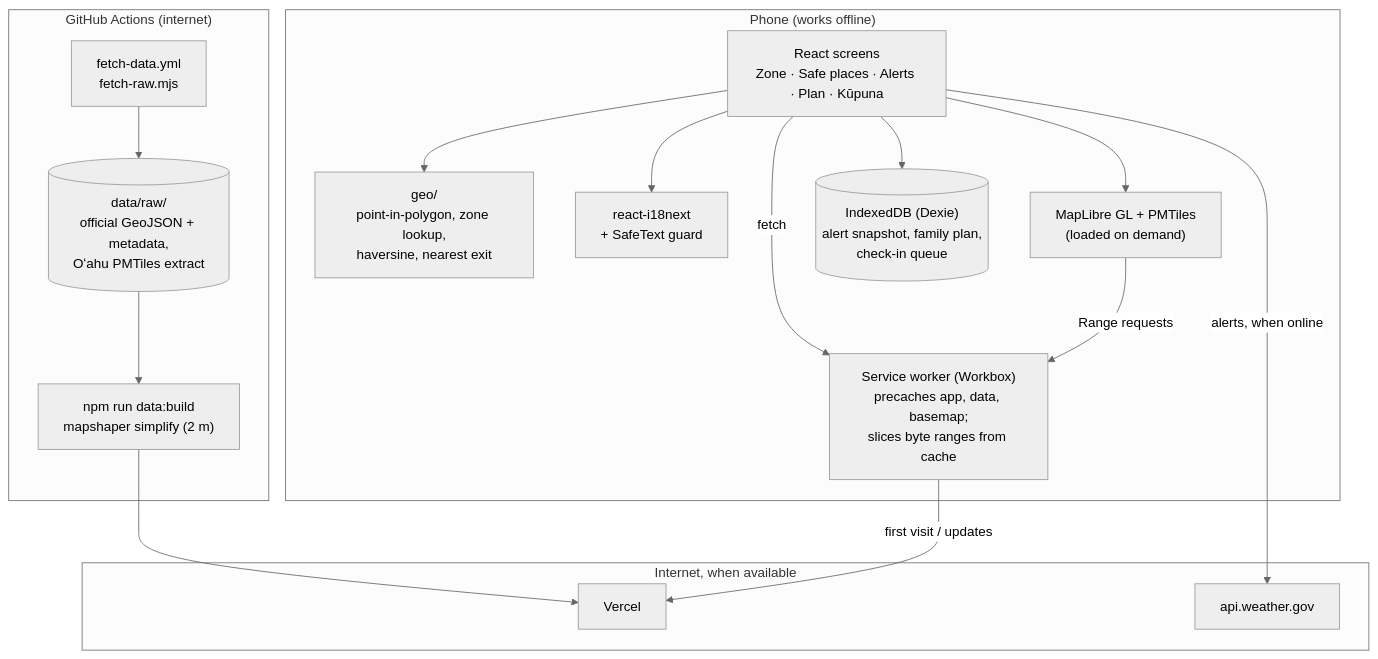
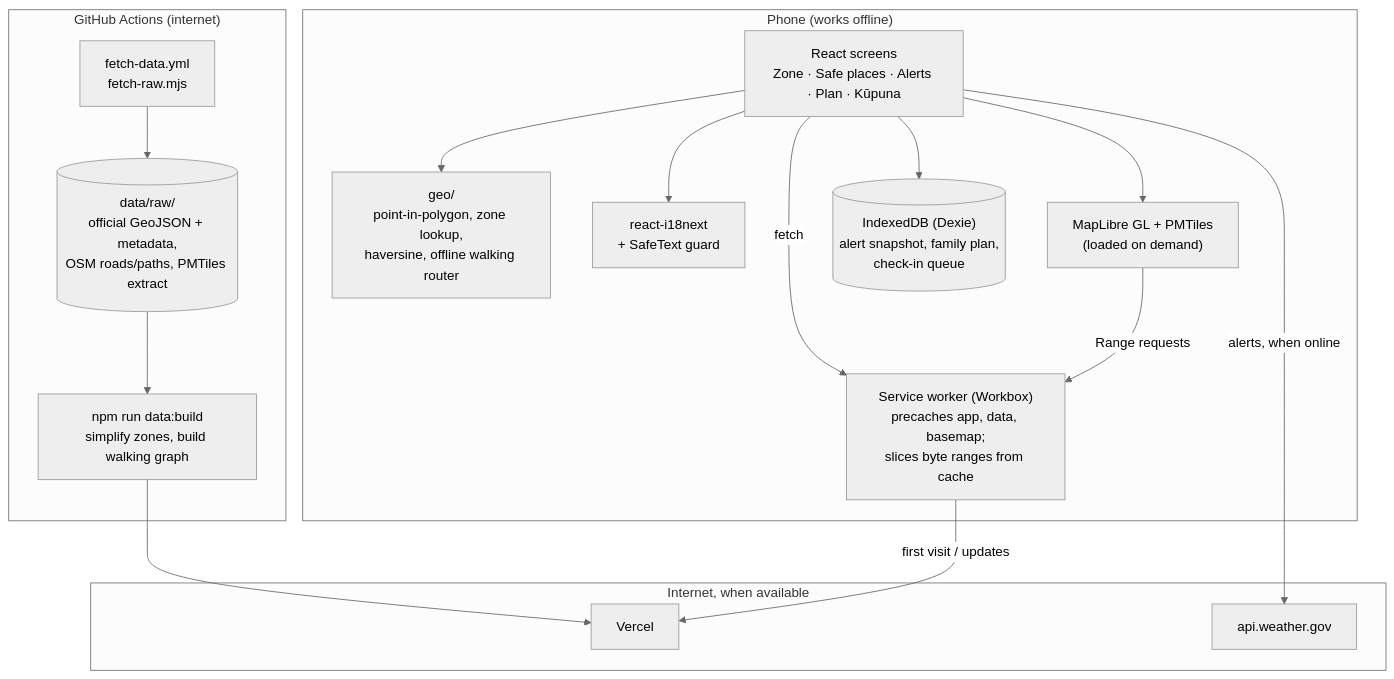
Before and after one commit to skylorchan/congressionalappchallenge: the diagram in README.md, drawn with Mermaid (neutral theme). The commit also changed other lines of this file and 2 other files, not shown here.

First line of the commit message:
Document walking routes in README, DATA_SOURCES and AI_USAGE

````diff
--- a/README.md
+++ b/README.md
@@ -56,30 +57,30 @@
 ```mermaid
 flowchart TD
   subgraph Build["GitHub Actions (internet)"]
     FETCH["fetch-data.yml<br/>fetch-raw.mjs"]
-    RAW[("data/raw/<br/>official GeoJSON + metadata,<br/>Oʻahu PMTiles extract")]
-    BUILD["npm run data:build<br/>mapshaper simplify (2 m)"]
+    RAW[("data/raw/<br/>official GeoJSON + metadata,<br/>OSM roads/paths, PMTiles extract")]
+    BUILD["npm run data:build<br/>simplify zones, build walking graph"]
     FETCH --> RAW --> BUILD
   end
   subgraph Device["Phone (works offline)"]
     UI["React screens<br/>Zone · Safe places · Alerts · Plan · Kūpuna"]
-    GEO["geo/<br/>point-in-polygon, zone lookup,<br/>haversine, nearest exit"]
+    GEO["geo/<br/>point-in-polygon, zone lookup,<br/>haversine, offline walking router"]
     I18N["react-i18next<br/>+ SafeText guard"]
     MAP["MapLibre GL + PMTiles<br/>(loaded on demand)"]
     DB[("IndexedDB (Dexie)<br/>alert snapshot, family plan,<br/>check-in queue")]
     SW["Service worker (Workbox)<br/>precaches app, data, basemap;<br/>slices byte ranges from cache"]
   end
   subgraph Net["Internet, when available"]
     PAGES["Vercel"]
     NWS["api.weather.gov"]
   end
   BUILD --> PAGES
   UI --> GEO
   UI --> I18N
   UI --> MAP
   UI --> DB
   UI -- fetch --> SW
   MAP -- "Range requests" --> SW
   SW -- "first visit / updates" --> PAGES
   UI -- "alerts, when online" --> NWS
 ```
````
